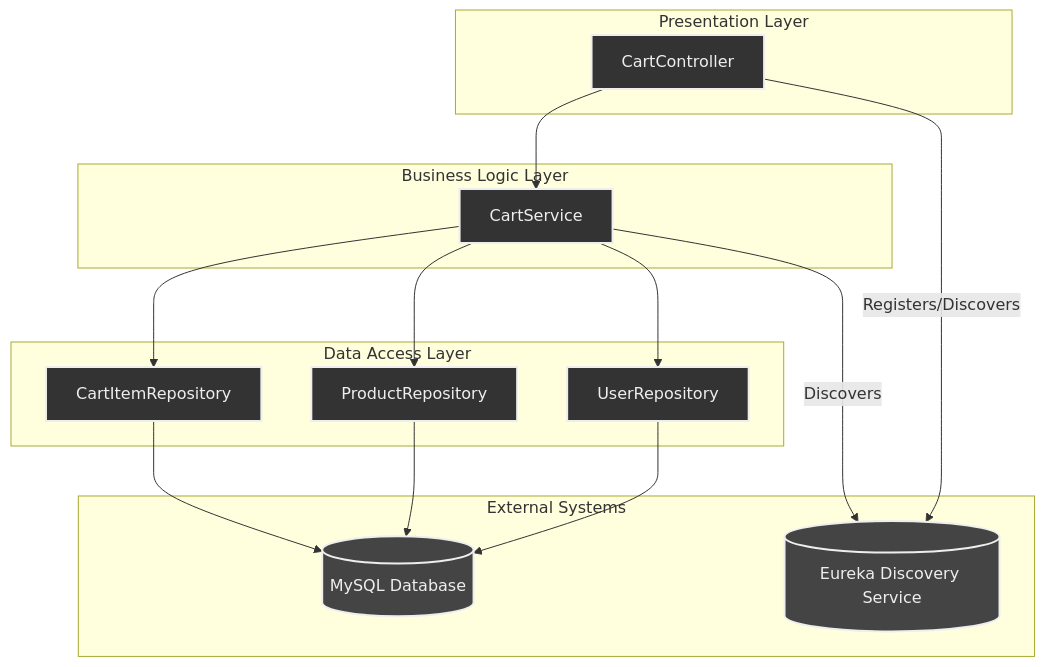
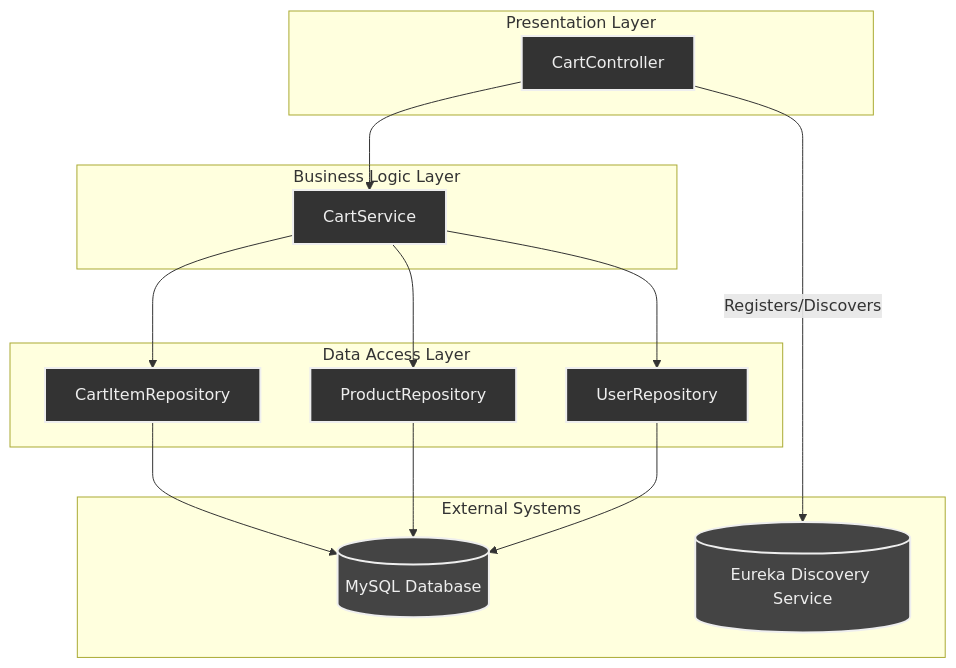
The first of 2 diagrams in README.md (ACHYUTH-S-11/GenC-Repo1), drawn with Mermaid before and after one commit. The commit also changed other lines of this file, not shown here.

Commit message:
Updated architecture diagrams

````diff
--- a/README.md
+++ b/README.md
@@ -18,43 +18,43 @@
 ```mermaid
 graph TD
     subgraph "Presentation Layer"
         CartController[CartController]
     end
 
     subgraph "Business Logic Layer"
         CartService[CartService]
     end
 
     subgraph "Data Access Layer"
         CartItemRepository[CartItemRepository]
         ProductRepository[ProductRepository]
         UserRepository[UserRepository]
     end
 
     subgraph "External Systems"
         MySQL[(MySQL Database)]
         Eureka[(Eureka Discovery Service)]
     end
 
     CartController --> CartService
     CartService --> CartItemRepository
     CartService --> ProductRepository
     CartService --> UserRepository
     CartItemRepository --> MySQL
     ProductRepository --> MySQL
     UserRepository --> MySQL
 
     CartController -- Registers/Discovers --> Eureka
-    CartService -- Discovers --> Eureka
+    
 
     %% Optional: Styles for better visual separation (might not render in all GitHub viewers)
     %% Some GitHub Markdown viewers might not support advanced styling directly within the code block.
     %% If these styles don't render, the basic connections will still be clear.
     style CartController fill:#333,stroke:#eee,stroke-width:2px,color:#eee
     style CartService fill:#333,stroke:#eee,stroke-width:2px,color:#eee
     style CartItemRepository fill:#333,stroke:#eee,stroke-width:2px,color:#eee
     style ProductRepository fill:#333,stroke:#eee,stroke-width:2px,color:#eee
     style UserRepository fill:#333,stroke:#eee,stroke-width:2px,color:#eee
     style MySQL fill:#444,stroke:#eee,stroke-width:2px,color:#eee
     style Eureka fill:#444,stroke:#eee,stroke-width:2px,color:#eee
 ```
````
